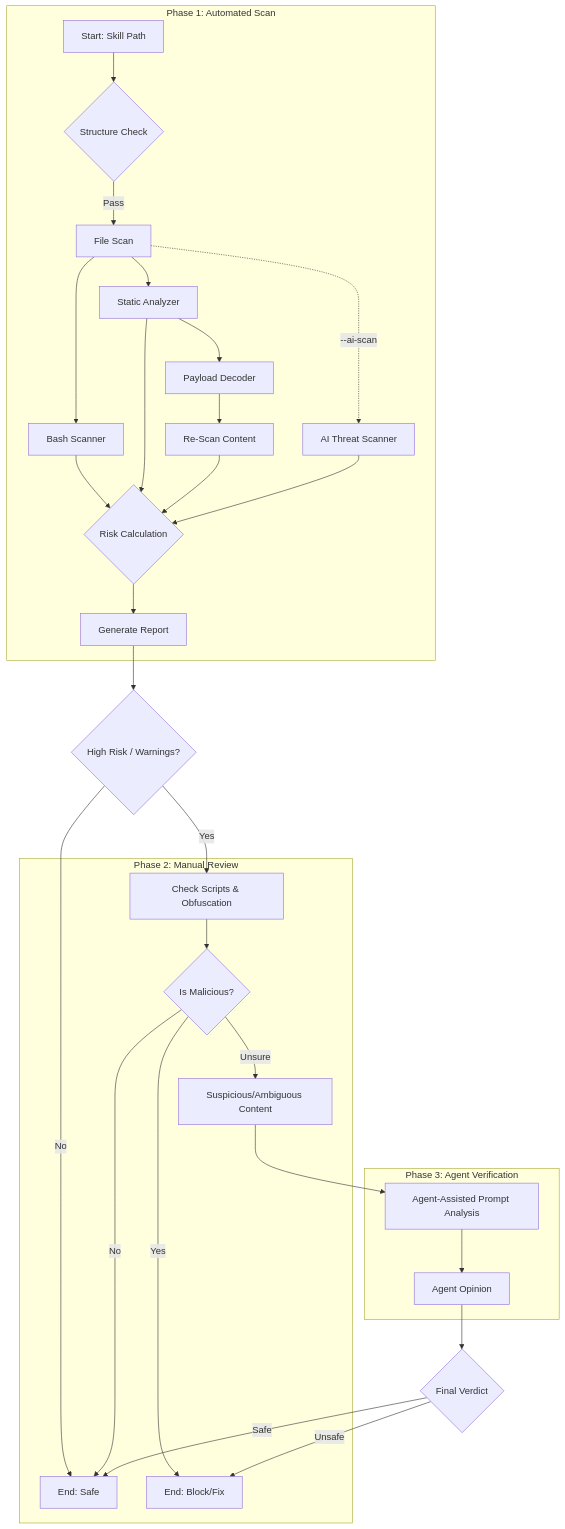
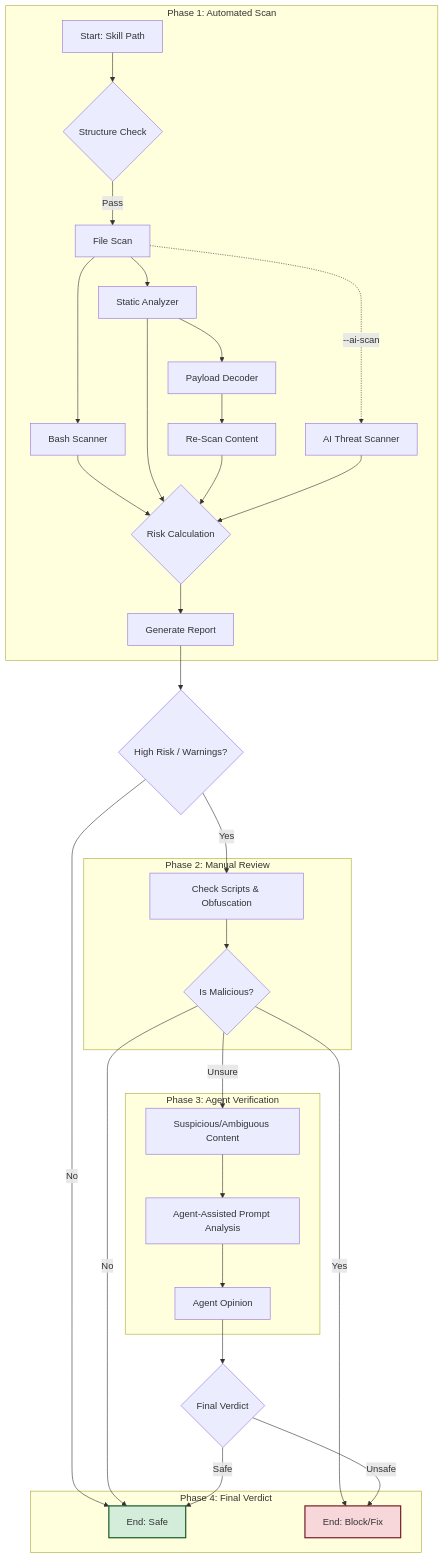
The diagram in skills/skill-validator/SKILL.md (MatrixFounder/Universal-skills), drawn with Mermaid before and after one commit. The commit also changed 1 other file, not shown here.

Commit message:
skill-verifier schema refinement-2

````diff
--- a/skills/skill-validator/SKILL.md
+++ b/skills/skill-validator/SKILL.md
@@ -74,36 +74,48 @@
 ```mermaid
 graph TD
+    %% Phase Definitions
     subgraph Phase1 [Phase 1: Automated Scan]
         A[Start: Skill Path] --> B{Structure Check}
         B -- Pass --> C[File Scan]
         C --> D[Bash Scanner]
         C --> E[Static Analyzer]
         E --> F[Payload Decoder]
         F --> G[Re-Scan Content]
         C -.->|--ai-scan| H[AI Threat Scanner]
         D & E & G & H --> I{Risk Calculation}
         I --> J[Generate Report]
     end
 
-    J --> K{High Risk / Warnings?}
-    K -- No --> Z1[End: Safe]
-    K -- Yes --> L
-
     subgraph Phase2 [Phase 2: Manual Review]
         L[Check Scripts & Obfuscation]
         L --> M{Is Malicious?}
-        M -- Yes --> Z2[End: Block/Fix]
-        M -- No --> Z1
-        M -- Unsure --> N
     end
 
     subgraph Phase3 [Phase 3: Agent Verification]
         N[Suspicious/Ambiguous Content]
         N --> O[Agent-Assisted Prompt Analysis]
         O --> P[Agent Opinion]
     end
 
+    subgraph Phase4 [Phase 4: Final Verdict]
+        EndSafe[End: Safe]
+        EndBlock[End: Block/Fix]
+    end
+
+    %% Connections
+    J --> K{High Risk / Warnings?}
+    K -- No --> EndSafe
+    K -- Yes --> L
+    
+    M -- Yes --> EndBlock
+    M -- No --> EndSafe
+    M -- Unsure --> N
+
     P --> Q{Final Verdict}
-    Q -- Safe --> Z1
-    Q -- Unsafe --> Z2
+    Q -- Safe --> EndSafe
+    Q -- Unsafe --> EndBlock
+
+    %% Styling
+    style EndSafe fill:#d4edda,stroke:#155724,stroke-width:2px
+    style EndBlock fill:#f8d7da,stroke:#721c24,stroke-width:2px
 ```
````
